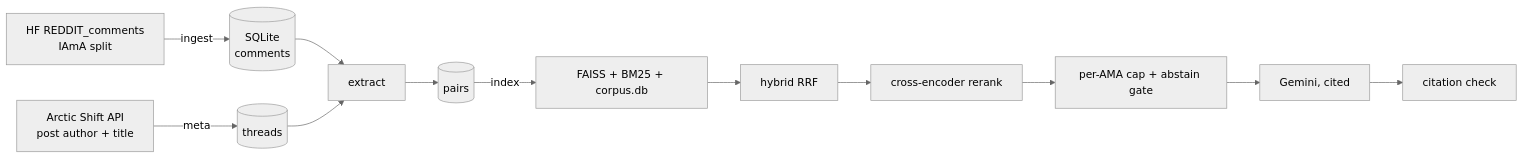
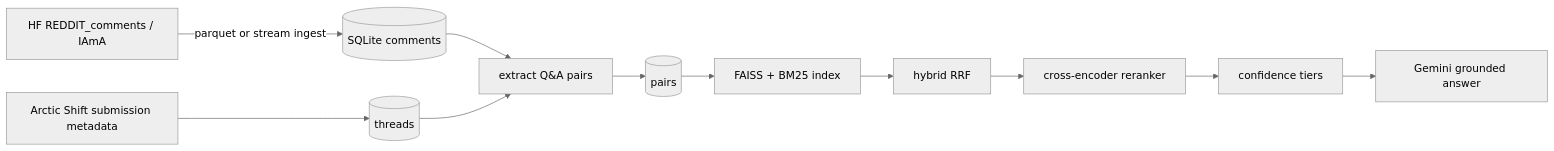
One commit to athxrvxaa/reddit-rabbithole-rag changed the diagram in README.md. Above: the diagram before and after it, drawn with Mermaid (neutral theme). The commit also changed other lines of this file and 8 other files, not shown here.

````diff
--- a/README.md
+++ b/README.md
@@ -23,10 +7,12 @@
 ```mermaid
 flowchart LR
-  A[HF REDDIT_comments<br/>IAmA split] -->|ingest| B[(SQLite<br/>comments)]
-  C[Arctic Shift API<br/>post author + title] -->|meta| D[(threads)]
-  B --> E[extract]
-  D --> E
-  E --> F[(pairs)]
-  F -->|index| G[FAISS + BM25 + corpus.db]
-  G --> H[hybrid RRF] --> I[cross-encoder rerank] --> J[per-AMA cap + abstain gate] --> K[Gemini, cited] --> L[citation check]
+  A[HF REDDIT_comments / IAmA] -->|parquet or stream ingest| B[(SQLite comments)]
+  C[Arctic Shift submission metadata] --> D[(threads)]
+  B --> E[extract Q&A pairs]
+  D --> E --> F[(pairs)]
+  F --> G[FAISS + BM25 index]
+  G --> H[hybrid RRF]
+  H --> I[cross-encoder reranker]
+  I --> J[confidence tiers]
+  J --> K[Gemini grounded answer]
 ```
````
